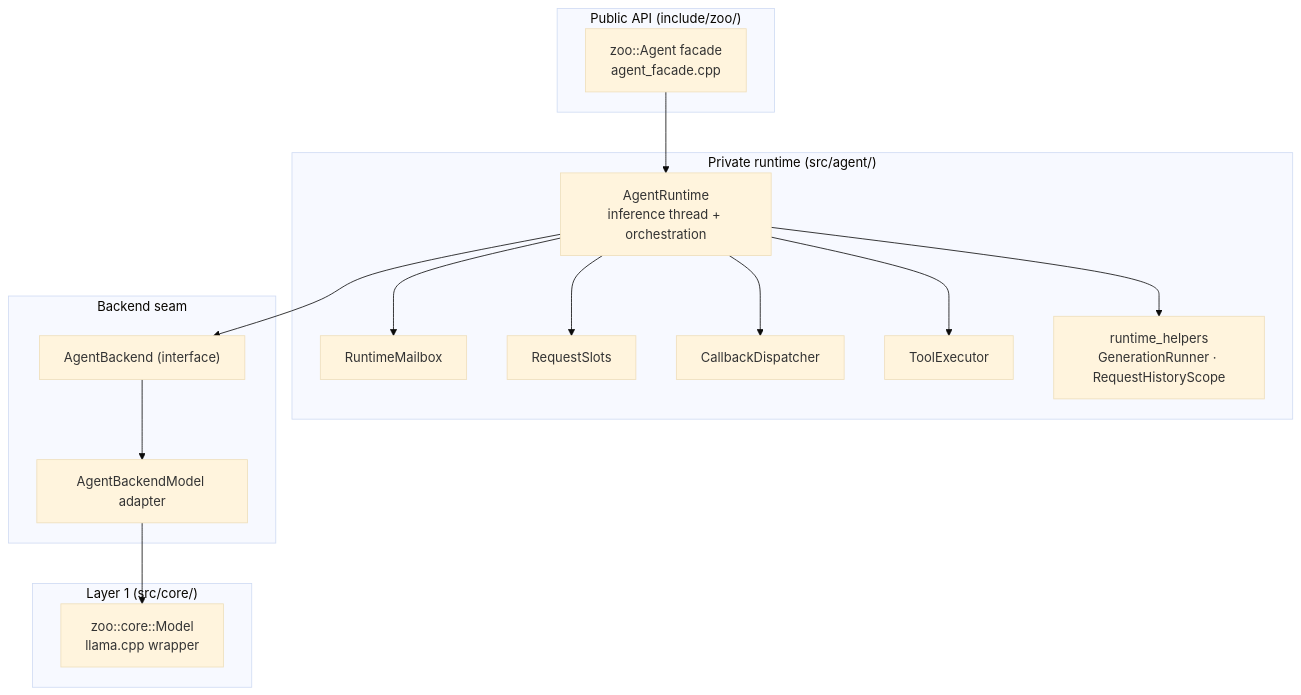
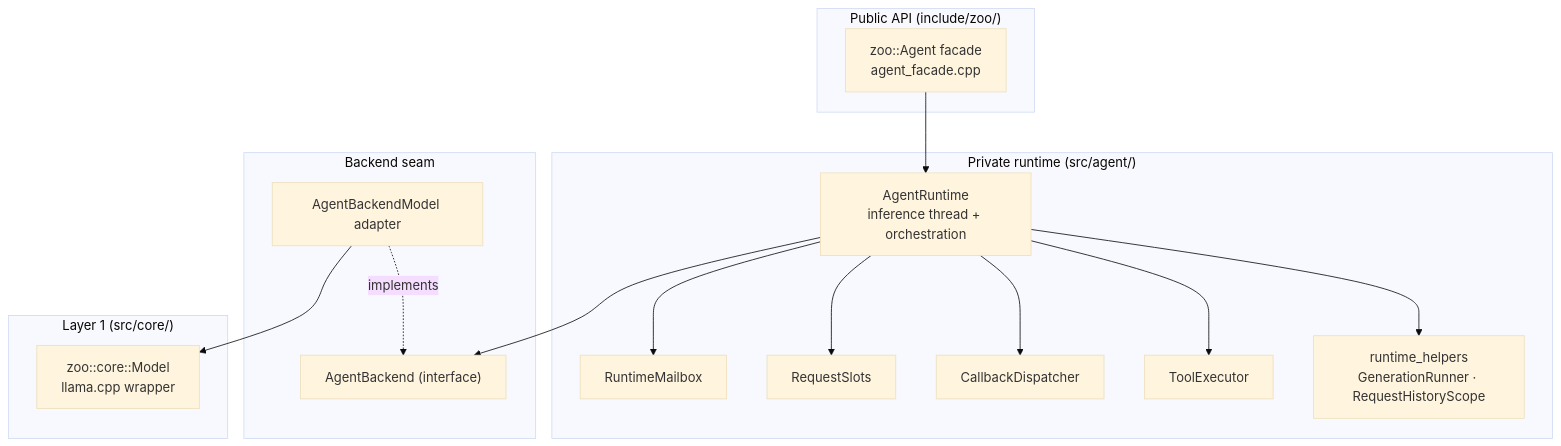
Before and after one commit to crybo-rybo/zoo-keeper: the diagram in docs/maintainer-architecture.md, drawn with Mermaid (base theme). The commit also changed other lines of this file and 5 other files, not shown here.

Commit message:
docs: align architecture diagrams with implementation

````diff
--- a/docs/maintainer-architecture.md
+++ b/docs/maintainer-architecture.md
@@ -5,35 +5,35 @@
 ```mermaid
 flowchart TB
     subgraph Public["Public API (include/zoo/)"]
         AG["zoo::Agent facade<br/>agent_facade.cpp"]
     end
 
     subgraph Private["Private runtime (src/agent/)"]
         RT["AgentRuntime<br/>inference thread + orchestration"]
         MB["RuntimeMailbox"]
         RS["RequestSlots"]
         CD["CallbackDispatcher"]
         TE["ToolExecutor"]
         HL["runtime_helpers<br/>GenerationRunner · RequestHistoryScope"]
         RT --> MB
         RT --> RS
         RT --> CD
         RT --> TE
         RT --> HL
     end
 
     subgraph Seam["Backend seam"]
         IF["AgentBackend (interface)"]
         AD["AgentBackendModel adapter"]
-        IF --> AD
+        AD -. implements .-> IF
     end
 
     subgraph Core["Layer 1 (src/core/)"]
         MD["zoo::core::Model<br/>llama.cpp wrapper"]
     end
 
     AG --> RT
     RT --> IF
     AD --> MD
 
 ```
````
